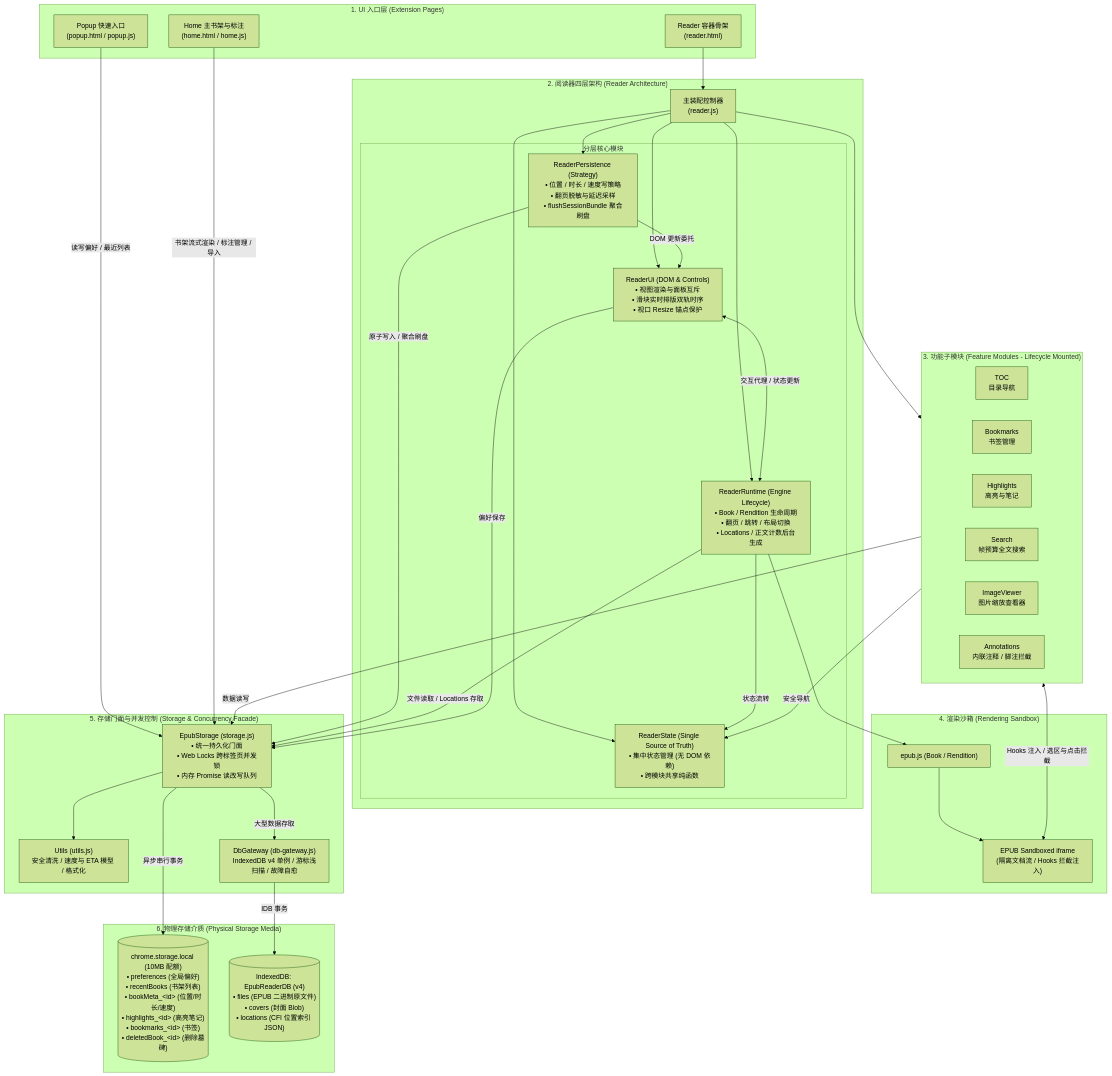
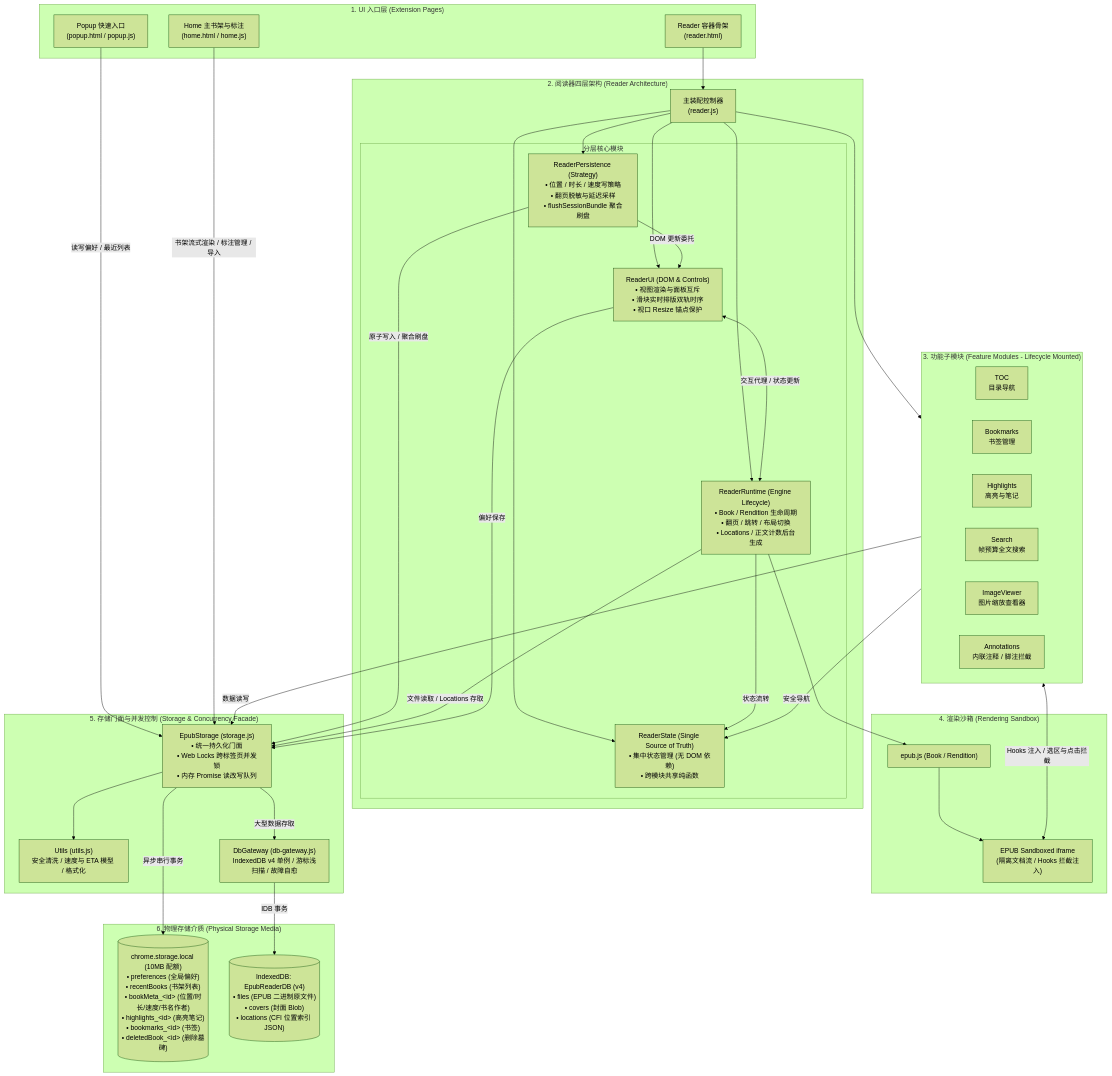
One commit to Editst/epub_reader changed the diagram in docs/architecture.md. Above: the diagram before and after it, drawn with Mermaid (forest theme). The commit also changed other lines of this file and 22 other files, not shown here.

````diff
--- a/docs/architecture.md
+++ b/docs/architecture.md
@@ -14,74 +15,74 @@
 ```mermaid
 flowchart TB
     subgraph UI_LAYER["1. UI 入口层 (Extension Pages)"]
         POPUP["Popup 快速入口<br/>(popup.html / popup.js)"]
         HOME["Home 主书架与标注<br/>(home.html / home.js)"]
         READER_SHELL["Reader 容器骨架<br/>(reader.html)"]
     end
 
     subgraph READER_CORE["2. 阅读器四层架构 (Reader Architecture)"]
         ORCHESTRATOR["主装配控制器<br/>(reader.js)"]
         
         subgraph READER_MODULES["分层核心模块"]
             UI["ReaderUi (DOM & Controls)<br/>• 视图渲染与面板互斥<br/>• 滑块实时排版双轨时序<br/>• 视口 Resize 锚点保护"]
             RUNTIME["ReaderRuntime (Engine Lifecycle)<br/>• Book / Rendition 生命周期<br/>• 翻页 / 跳转 / 布局切换<br/>• Locations / 正文计数后台生成"]
             PERSISTENCE["ReaderPersistence (Strategy)<br/>• 位置 / 时长 / 速度写策略<br/>• 翻页脱敏与延迟采样<br/>• flushSessionBundle 聚合刷盘"]
             STATE["ReaderState (Single Source of Truth)<br/>• 集中状态管理 (无 DOM 依赖)<br/>• 跨模块共享纯函数"]
         end
     end
 
     subgraph FEATURES["3. 功能子模块 (Feature Modules - Lifecycle Mounted)"]
         TOC_M["TOC<br/>目录导航"]
         BM_M["Bookmarks<br/>书签管理"]
         HL_M["Highlights<br/>高亮与笔记"]
         SEARCH_M["Search<br/>帧预算全文搜索"]
         IMG_M["ImageViewer<br/>图片缩放查看器"]
         ANNO_M["Annotations<br/>内联注释 / 脚注拦截"]
     end
 
     subgraph SANDBOX["4. 渲染沙箱 (Rendering Sandbox)"]
         EPUB_LIB["epub.js (Book / Rendition)"]
         IFRAME["EPUB Sandboxed iframe<br/>(隔离文档流 / Hooks 拦截注入)"]
     end
 
     subgraph FACADE["5. 存储门面与并发控制 (Storage & Concurrency Facade)"]
         UTILS["Utils (utils.js)<br/>安全清洗 / 速度与 ETA 模型 / 格式化"]
         STORAGE["EpubStorage (storage.js)<br/>• 统一持久化门面<br/>• Web Locks 跨标签页并发锁<br/>• 内存 Promise 读改写队列"]
         DB_GATEWAY["DbGateway (db-gateway.js)<br/>IndexedDB v4 单例 / 游标浅扫描 / 故障自愈"]
     end
 
     subgraph PHYSICAL_STORAGE["6. 物理存储介质 (Physical Storage Media)"]
-        CSL[("chrome.storage.local (10MB 配额)<br/>• preferences (全局偏好)<br/>• recentBooks (书架列表)<br/>• bookMeta_&lt;id&gt; (位置/时长/速度)<br/>• highlights_&lt;id&gt; (高亮笔记)<br/>• bookmarks_&lt;id&gt; (书签)<br/>• deletedBook_&lt;id&gt; (删除墓碑)")]
+        CSL[("chrome.storage.local (10MB 配额)<br/>• preferences (全局偏好)<br/>• recentBooks (书架列表)<br/>• bookMeta_&lt;id&gt; (位置/时长/速度/书名作者)<br/>• highlights_&lt;id&gt; (高亮笔记)<br/>• bookmarks_&lt;id&gt; (书签)<br/>• deletedBook_&lt;id&gt; (删除墓碑)")]
         IDB[("IndexedDB: EpubReaderDB (v4)<br/>• files (EPUB 二进制原文件)<br/>• covers (封面 Blob)<br/>• locations (CFI 位置索引 JSON)")]
     end
 
     %% 连接关系
     POPUP -->|读写偏好 / 最近列表| STORAGE
     HOME -->|书架流式渲染 / 标注管理 / 导入| STORAGE
     READER_SHELL --> ORCHESTRATOR
 
     ORCHESTRATOR --> UI
     ORCHESTRATOR --> RUNTIME
     ORCHESTRATOR --> PERSISTENCE
     ORCHESTRATOR --> STATE
     ORCHESTRATOR --> FEATURES
 
     UI <-->|交互代理 / 状态更新| RUNTIME
     PERSISTENCE -->|DOM 更新委托| UI
     RUNTIME -->|状态流转| STATE
     RUNTIME --> EPUB_LIB
     EPUB_LIB --> IFRAME
 
     FEATURES <-->|Hooks 注入 / 选区与点击拦截| IFRAME
     FEATURES -->|数据读写| STORAGE
     FEATURES -->|安全导航| STATE
 
     PERSISTENCE -->|原子写入 / 聚合刷盘| STORAGE
     RUNTIME -->|文件读取 / Locations 存取| STORAGE
     UI -->|偏好保存| STORAGE
 
     STORAGE --> UTILS
     STORAGE -->|异步串行事务| CSL
     STORAGE -->|大型数据存取| DB_GATEWAY
     DB_GATEWAY -->|IDB 事务| IDB
 ```
````
